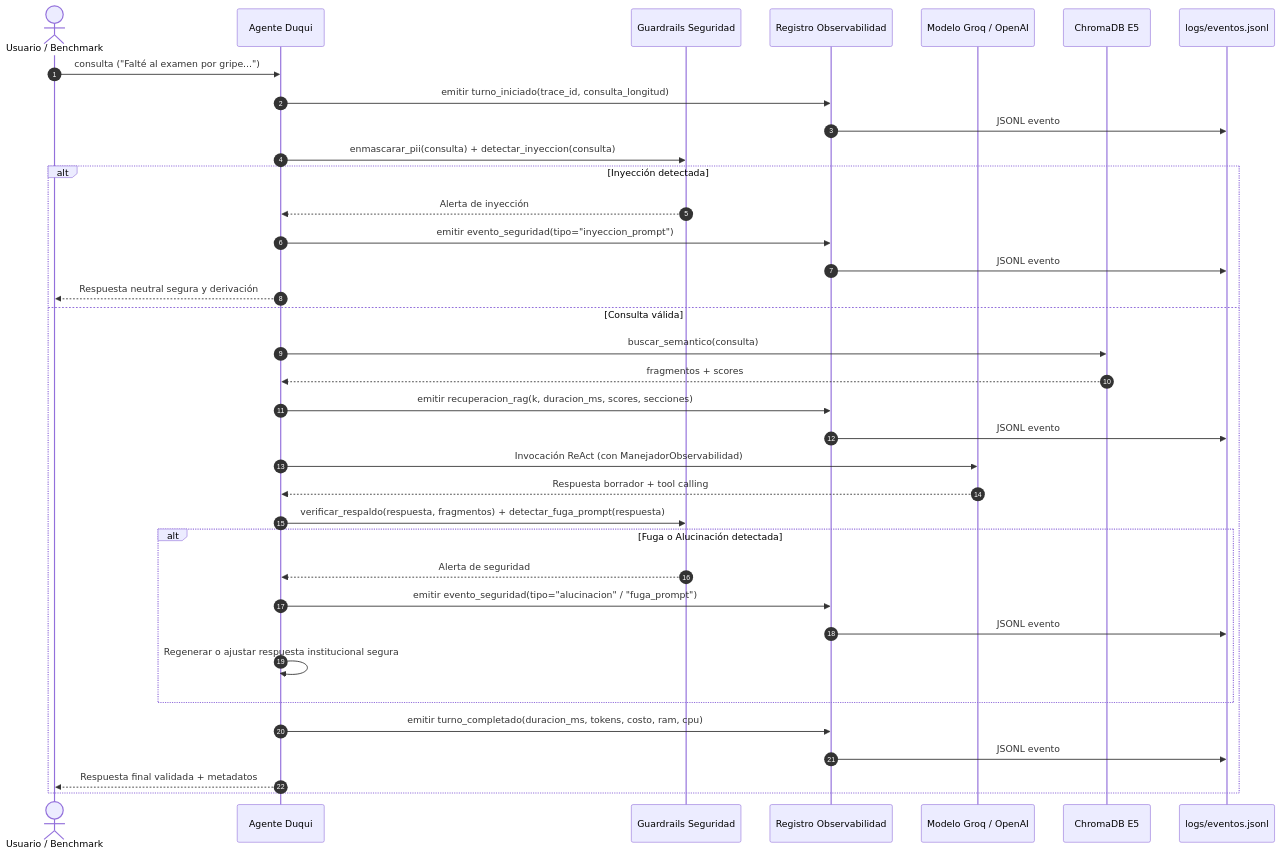
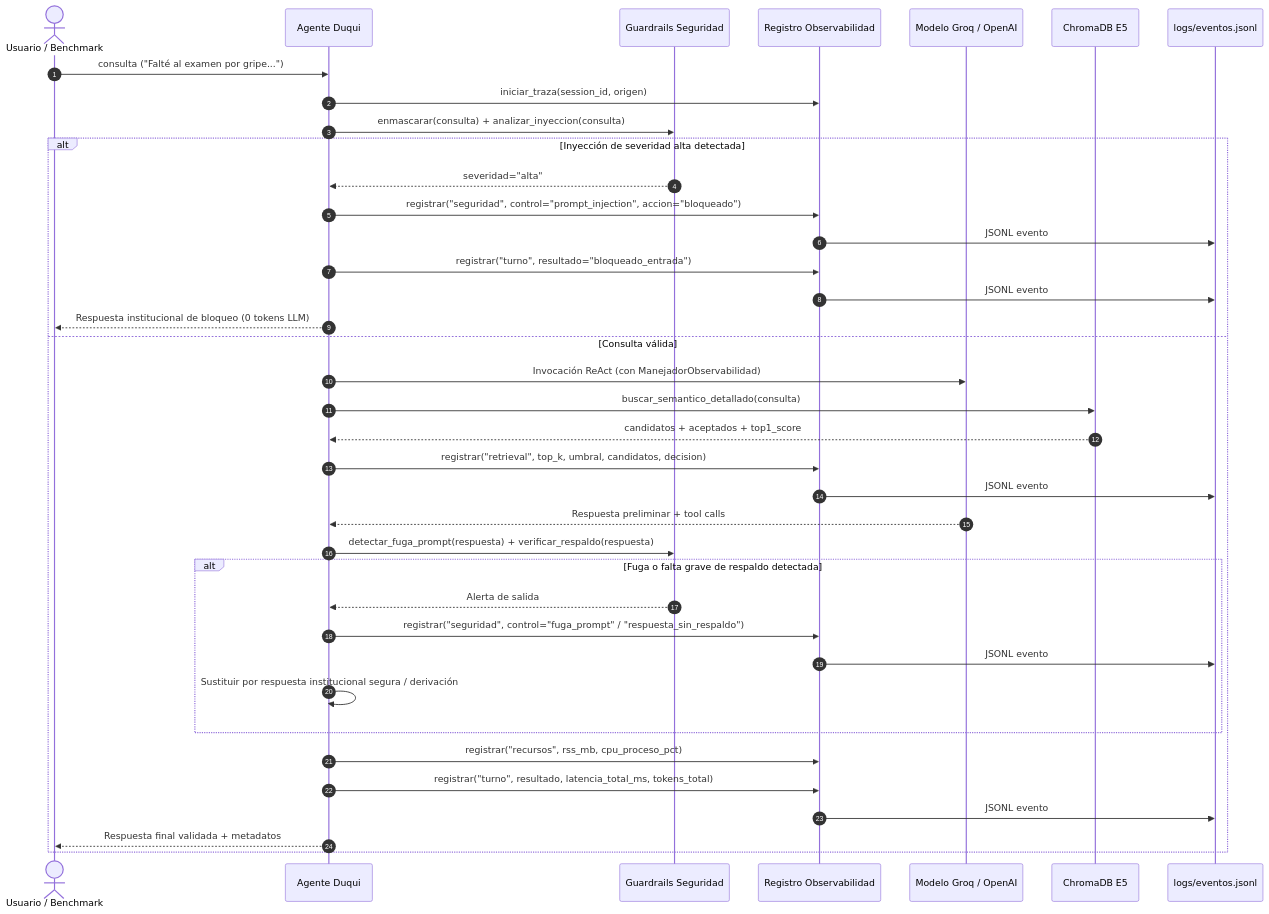
Before and after one commit to BahQz/Asistente-DuocUC: the second of 2 diagrams in README.md, drawn with Mermaid. The commit also changed other lines of this file and 15 other files, not shown here.

````diff
--- a/README.md
+++ b/README.md
@@ -144,39 +144,41 @@
 ```mermaid
 sequenceDiagram
     autonumber
     actor U as Usuario / Benchmark
     participant AG as Agente Duqui
     participant SEC as Guardrails Seguridad
     participant REG as Registro Observabilidad
     participant LLM as Modelo Groq / OpenAI
     participant RAG as ChromaDB E5
     participant LOG as logs/eventos.jsonl
 
     U->>AG: consulta ("Falté al examen por gripe...")
-    AG->>REG: emitir turno_iniciado(trace_id, consulta_longitud)
-    REG->>LOG: JSONL evento
-    AG->>SEC: enmascarar_pii(consulta) + detectar_inyeccion(consulta)
-    alt Inyección detectada
-        SEC-->>AG: Alerta de inyección
-        AG->>REG: emitir evento_seguridad(tipo="inyeccion_prompt")
+    AG->>REG: iniciar_traza(session_id, origen)
+    AG->>SEC: enmascarar(consulta) + analizar_inyeccion(consulta)
+    alt Inyección de severidad alta detectada
+        SEC-->>AG: severidad="alta"
+        AG->>REG: registrar("seguridad", control="prompt_injection", accion="bloqueado")
         REG->>LOG: JSONL evento
-        AG-->>U: Respuesta neutral segura y derivación
+        AG->>REG: registrar("turno", resultado="bloqueado_entrada")
+        REG->>LOG: JSONL evento
+        AG-->>U: Respuesta institucional de bloqueo (0 tokens LLM)
     else Consulta válida
-        AG->>RAG: buscar_semantico(consulta)
-        RAG-->>AG: fragmentos + scores
-        AG->>REG: emitir recuperacion_rag(k, duracion_ms, scores, secciones)
+        AG->>LLM: Invocación ReAct (con ManejadorObservabilidad)
+        AG->>RAG: buscar_semantico_detallado(consulta)
+        RAG-->>AG: candidatos + aceptados + top1_score
+        AG->>REG: registrar("retrieval", top_k, umbral, candidatos, decision)
         REG->>LOG: JSONL evento
-        AG->>LLM: Invocación ReAct (con ManejadorObservabilidad)
-        LLM-->>AG: Respuesta borrador + tool calling
-        AG->>SEC: verificar_respaldo(respuesta, fragmentos) + detectar_fuga_prompt(respuesta)
-        alt Fuga o Alucinación detectada
-            SEC-->>AG: Alerta de seguridad
-            AG->>REG: emitir evento_seguridad(tipo="alucinacion" / "fuga_prompt")
+        LLM-->>AG: Respuesta preliminar + tool calls
+        AG->>SEC: detectar_fuga_prompt(respuesta) + verificar_respaldo(respuesta)
+        alt Fuga o falta grave de respaldo detectada
+            SEC-->>AG: Alerta de salida
+            AG->>REG: registrar("seguridad", control="fuga_prompt" / "respuesta_sin_respaldo")
             REG->>LOG: JSONL evento
-            AG->>AG: Regenerar o ajustar respuesta institucional segura
+            AG->>AG: Sustituir por respuesta institucional segura / derivación
         end
-        AG->>REG: emitir turno_completado(duracion_ms, tokens, costo, ram, cpu)
+        AG->>REG: registrar("recursos", rss_mb, cpu_proceso_pct)
+        AG->>REG: registrar("turno", resultado, latencia_total_ms, tokens_total)
         REG->>LOG: JSONL evento
         AG-->>U: Respuesta final validada + metadatos
     end
 ```
````
